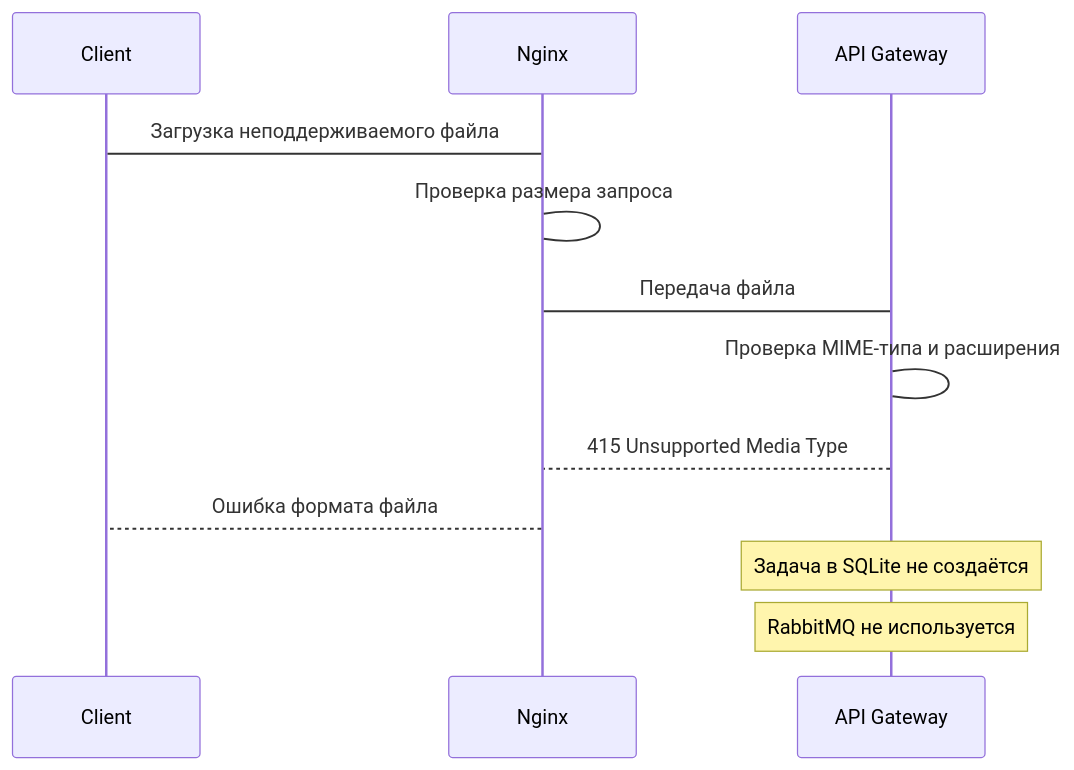
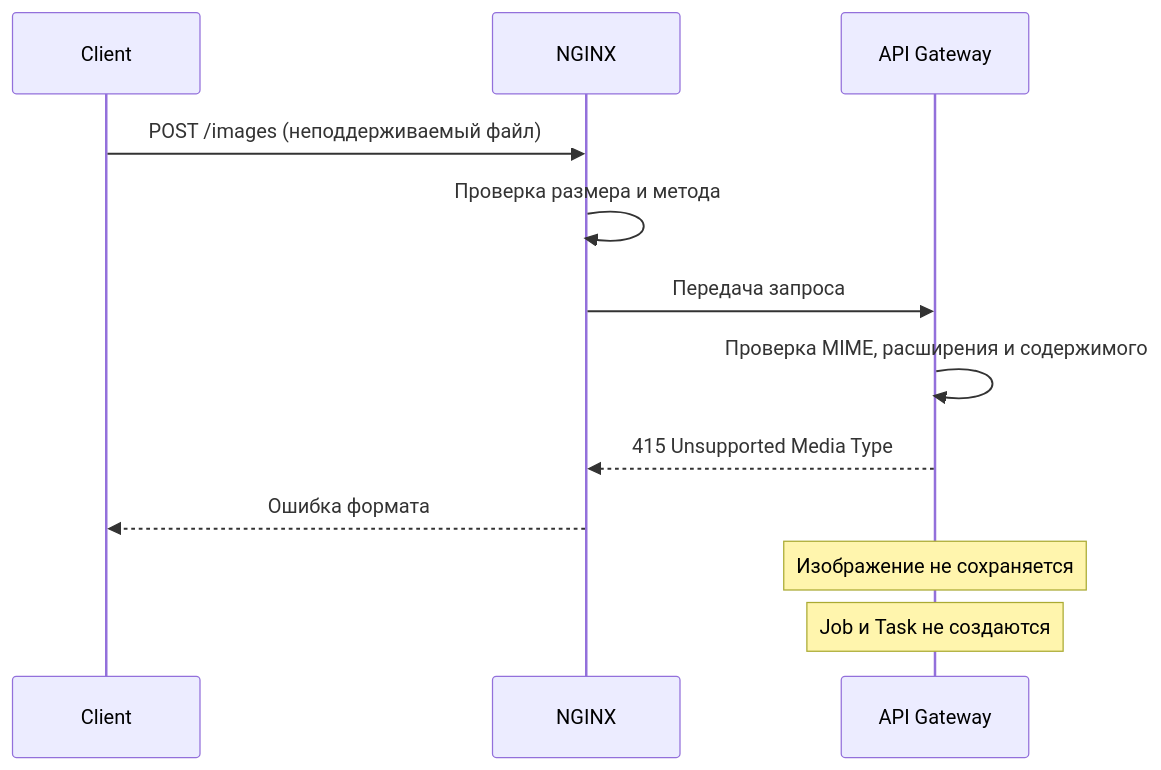
One commit to spbu-ds-practicum-2026/vibeflow changed the seventh of 12 diagrams in docs/tr.md. Above: the diagram before and after it, drawn with Mermaid. The commit also changed other lines of this file, not shown here.

````diff
--- a/docs/tr.md
+++ b/docs/tr.md
@@ -386,16 +576,16 @@
 ```mermaid
 sequenceDiagram
     participant C as Client
-    participant N as Nginx
+    participant N as NGINX
     participant API as API Gateway
 
-    C->N: Загрузка неподдерживаемого файла
-    N->N: Проверка размера запроса
-    N->API: Передача файла
-    API->API: Проверка MIME-типа и расширения
-    API-->N: 415 Unsupported Media Type
-    N-->C: Ошибка формата файла
+    C->>N: POST /images (неподдерживаемый файл)
+    N->>N: Проверка размера и метода
+    N->>API: Передача запроса
+    API->>API: Проверка MIME, расширения и содержимого
+    API-->>N: 415 Unsupported Media Type
+    N-->>C: Ошибка формата
 
-    Note over API: Задача в SQLite не создаётся
-    Note over API: RabbitMQ не используется
+    Note over API: Изображение не сохраняется
+    Note over API: Job и Task не создаются
 ```
````
